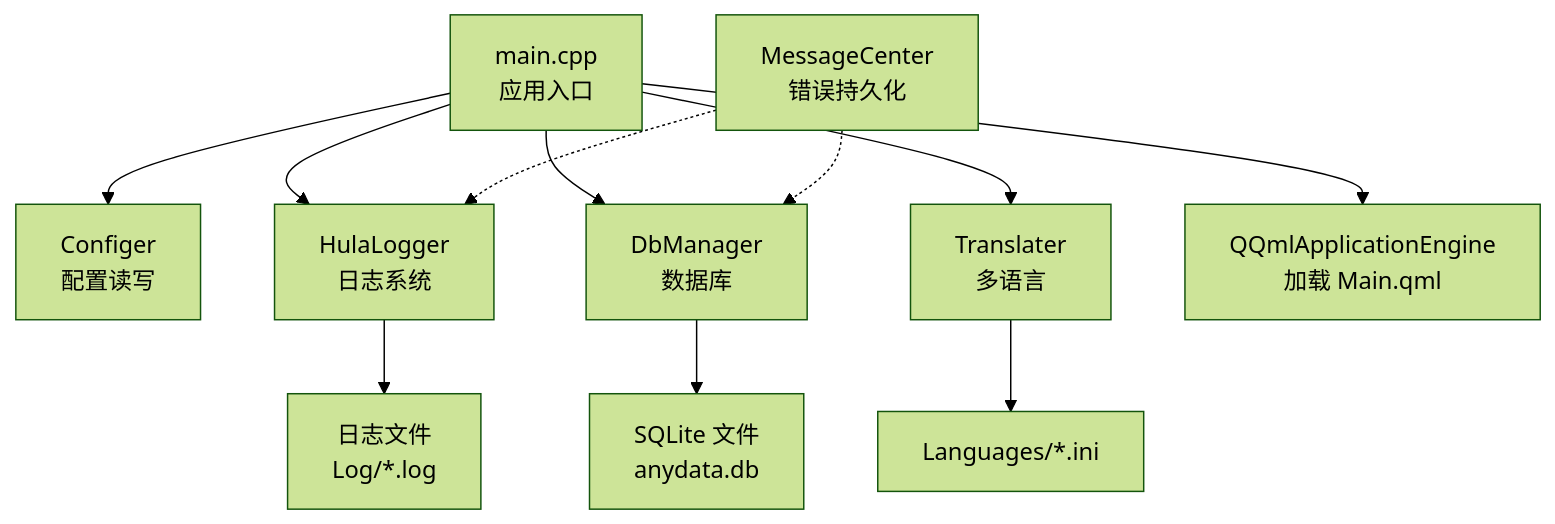
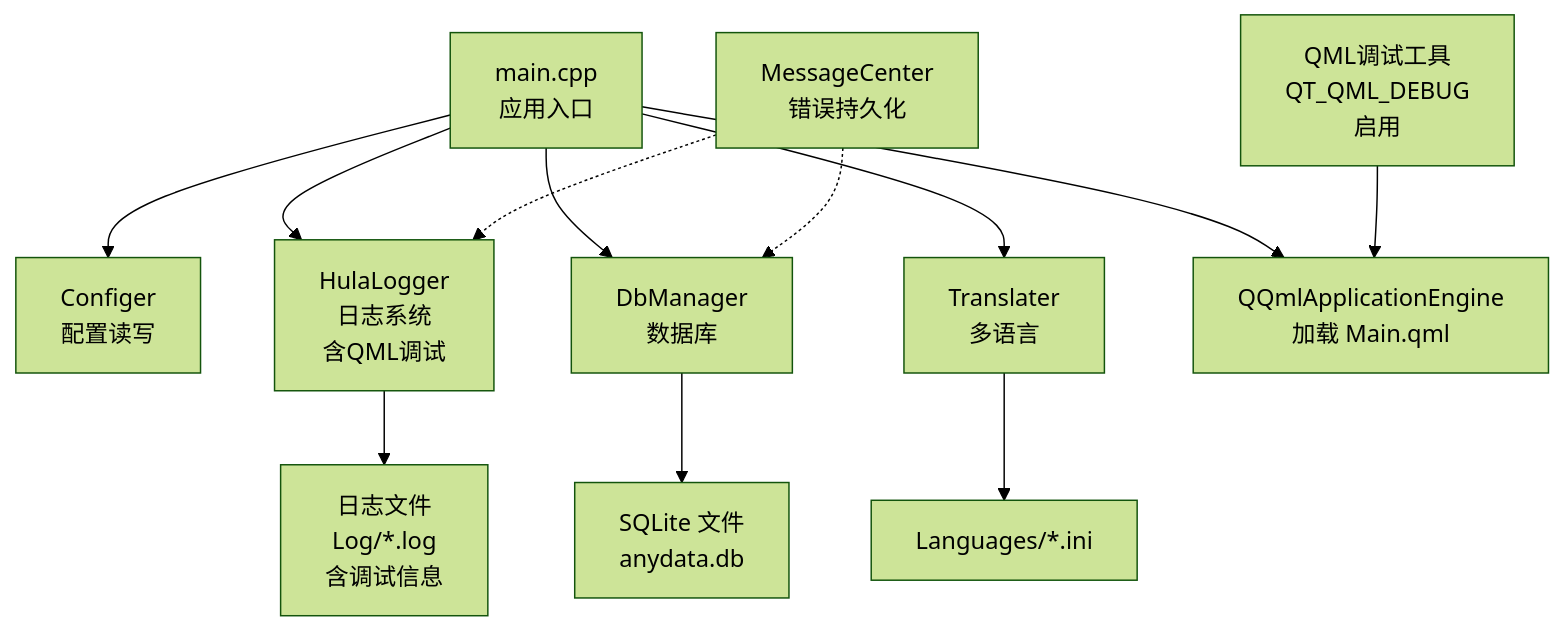
Before and after one commit to ihula/QmlPlugins: the first of 4 diagrams in .qoder/repowiki/zh/content/故障排除/故障排除.md, drawn with Mermaid (forest theme). The commit also changed other lines of this file and 13 other files, not shown here.

````diff
--- a/.qoder/repowiki/zh/content/故障排除/故障排除.md
+++ b/.qoder/repowiki/zh/content/故障排除/故障排除.md
@@ -47,13 +49,14 @@
 ```mermaid
 graph TB
 A["main.cpp<br/>应用入口"] --> B["Configer<br/>配置读写"]
-A --> C["HulaLogger<br/>日志系统"]
+A --> C["HulaLogger<br/>日志系统<br/>含QML调试"]
 A --> D["DbManager<br/>数据库"]
 A --> E["Translater<br/>多语言"]
 A --> F["QQmlApplicationEngine<br/>加载 Main.qml"]
 D --> G["SQLite 文件<br/>anydata.db"]
-C --> H["日志文件<br/>Log/*.log"]
+C --> H["日志文件<br/>Log/*.log<br/>含调试信息"]
 E --> I["Languages/*.ini"]
 J["MessageCenter<br/>错误持久化"] -.-> D
 J -.-> C
+K["QML调试工具<br/>QT_QML_DEBUG<br/>启用"] --> F
 ```
````
